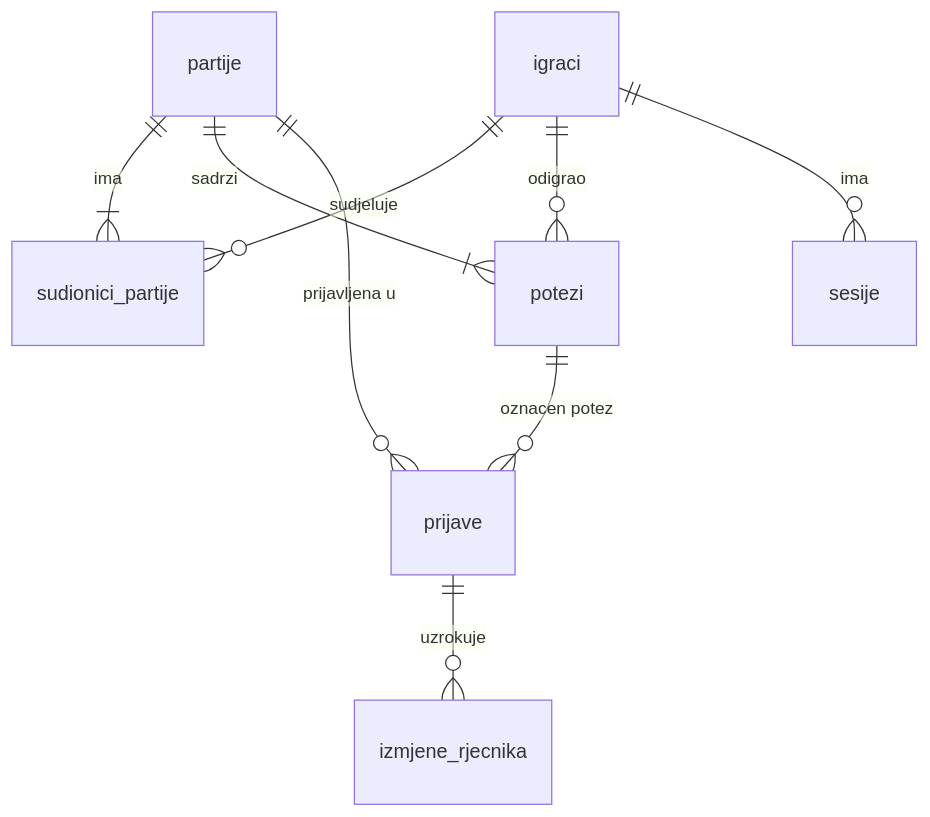
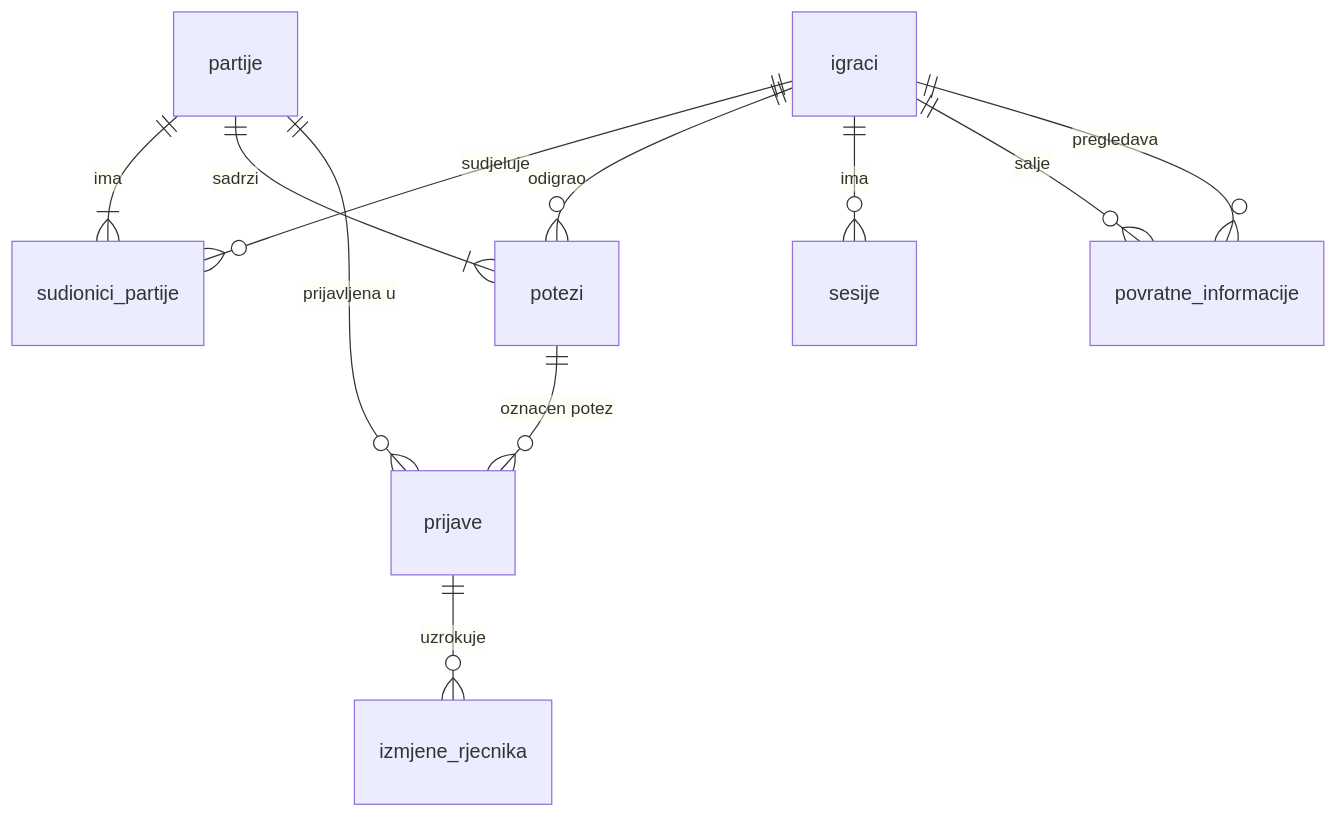
Before and after one commit to josipmestrovic/kaladont: the diagram in docs/03-arhitektura/model-podataka.md, drawn with Mermaid. The commit also changed other lines of this file and 28 other files, not shown here.

Commit message:
Dodati povratne informacije i doraditi sučelje

````diff
--- a/docs/03-arhitektura/model-podataka.md
+++ b/docs/03-arhitektura/model-podataka.md
@@ -5,11 +5,13 @@
 ```mermaid
 erDiagram
     igraci ||--o{ sudionici_partije : sudjeluje
     partije ||--|{ sudionici_partije : ima
     partije ||--|{ potezi : sadrzi
     igraci ||--o{ potezi : odigrao
     igraci ||--o{ sesije : ima
     partije ||--o{ prijave : "prijavljena u"
     potezi ||--o{ prijave : "oznacen potez"
     prijave ||--o{ izmjene_rjecnika : uzrokuje
+    igraci ||--o{ povratne_informacije : salje
+    igraci ||--o{ povratne_informacije : pregledava
 ```
````
